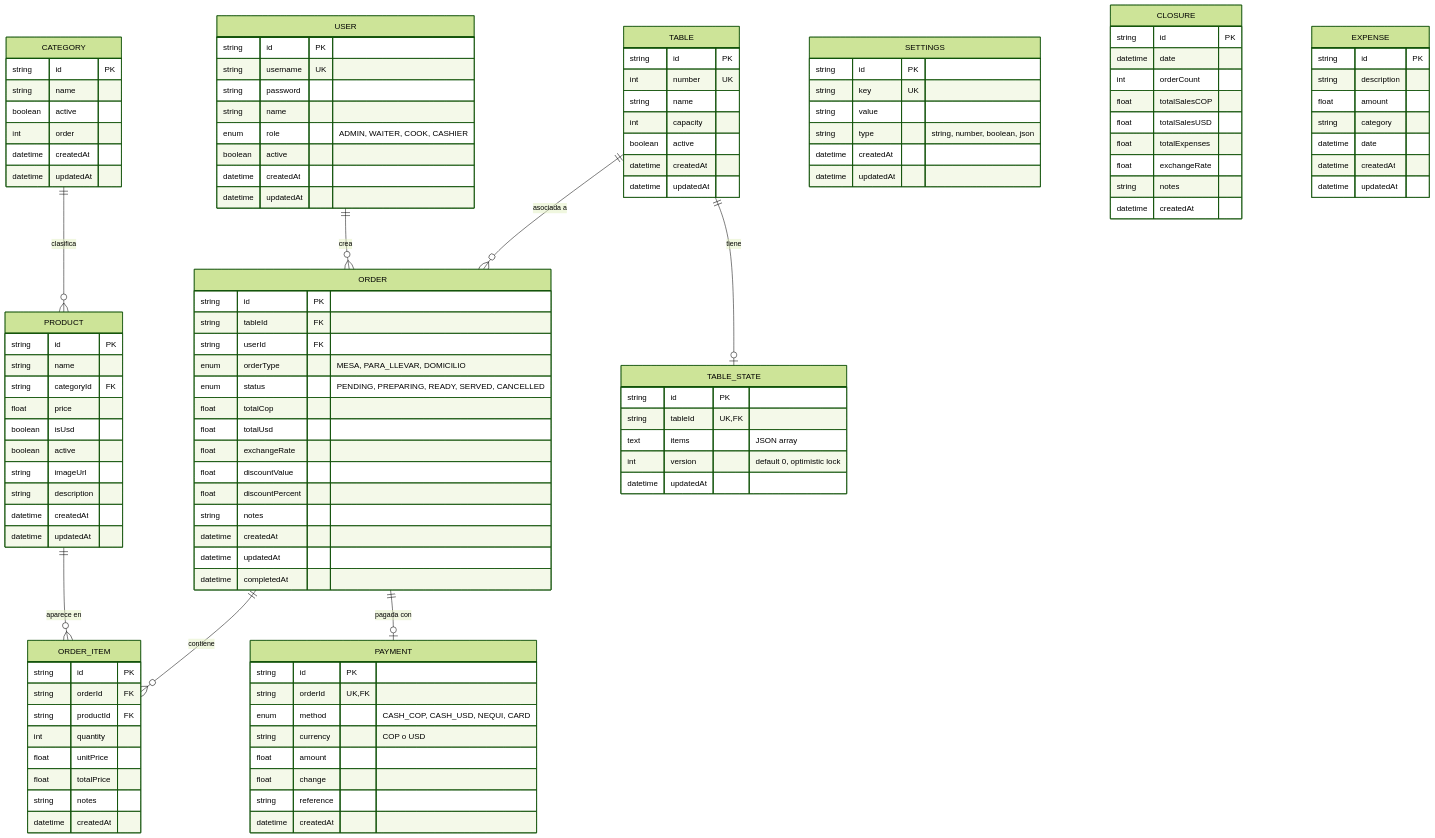
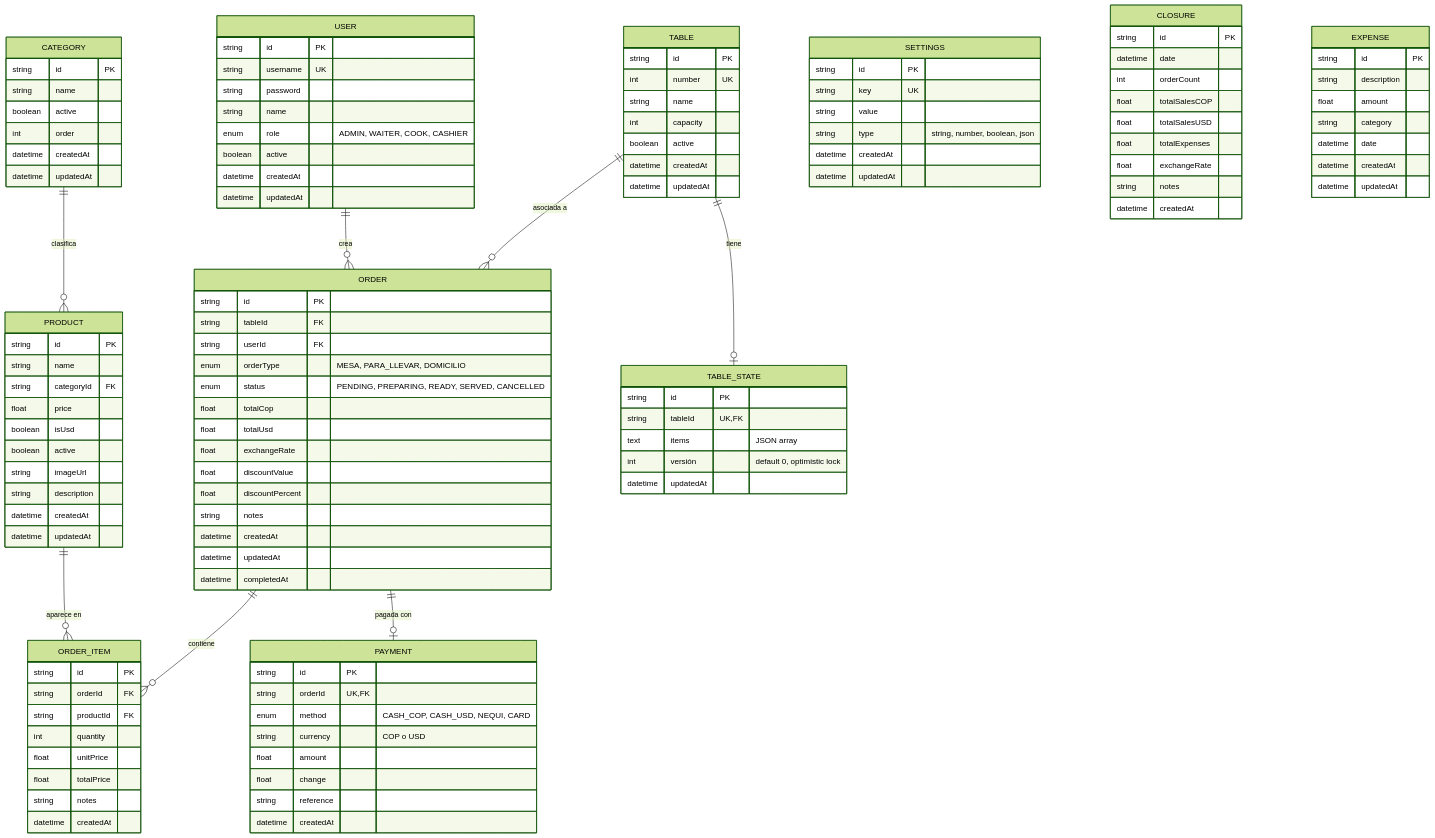
Before and after one commit to Yefer-Betta/2Arbolitos: the diagram in docs/06-BASE-DE-DATOS.md, drawn with Mermaid (forest theme). The commit also changed other lines of this file and 13 other files, not shown here.

```diff
--- a/docs/06-BASE-DE-DATOS.md
+++ b/docs/06-BASE-DE-DATOS.md
@@ -70,7 +70,7 @@
         string id PK
         string tableId UK,FK
         text items "JSON array"
-        int version "default 0, optimistic lock"
+        int versión "default 0, optimistic lock"
         datetime updatedAt
     }
 
```
